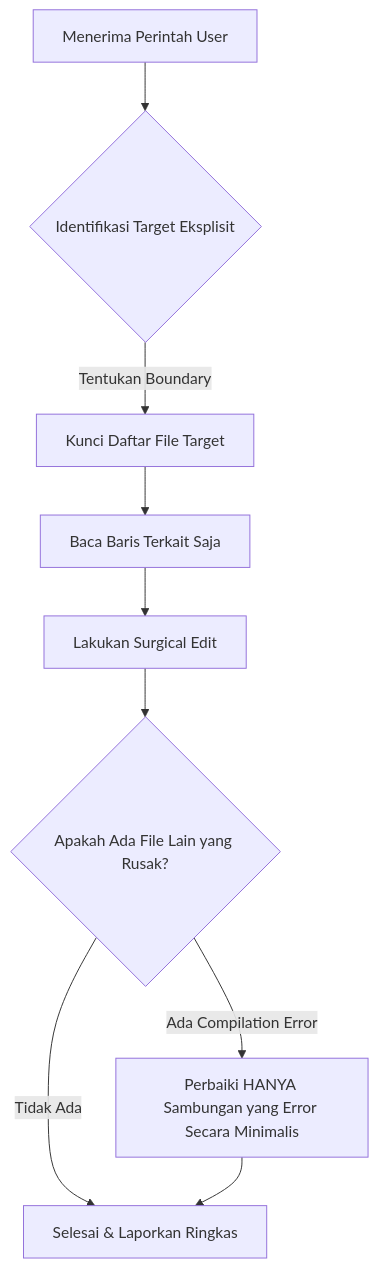
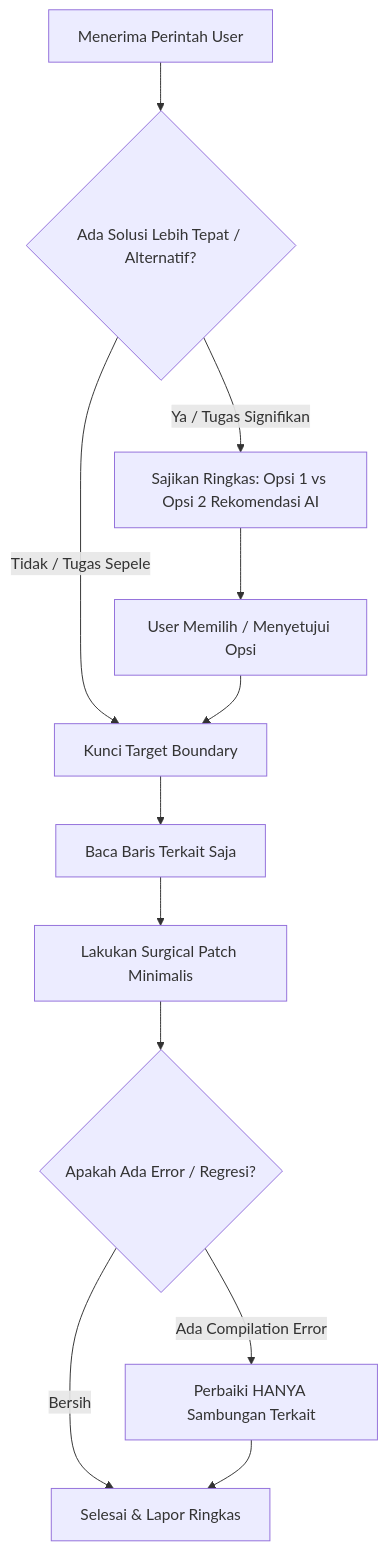
The diagram in .agents/skills/strict-scope/SKILL.md (maoneart/Manbaul_Hikmah_Mobile), drawn with Mermaid before and after one commit. The commit also changed other lines of this file and 9 other files, not shown here.

````diff
--- a/.agents/skills/strict-scope/SKILL.md
+++ b/.agents/skills/strict-scope/SKILL.md
@@ -37,11 +47,14 @@
 ```mermaid
 graph TD
-    A[Menerima Perintah User] --> B{Identifikasi Target Eksplisit}
-    B -->|Tentukan Boundary| C[Kunci Daftar File Target]
-    C --> D[Baca Baris Terkait Saja]
-    D --> E[Lakukan Surgical Edit]
-    E --> F{Apakah Ada File Lain yang Rusak?}
-    F -->|Tidak Ada| G[Selesai & Laporkan Ringkas]
-    F -->|Ada Compilation Error| H[Perbaiki HANYA Sambungan yang Error Secara Minimalis]
-    H --> G
+    A[Menerima Perintah User] --> B{Ada Solusi Lebih Tepat / Alternatif?}
+    B -->|Ya / Tugas Signifikan| C[Sajikan Ringkas: Opsi 1 vs Opsi 2 Rekomendasi AI]
+    C --> D[User Memilih / Menyetujui Opsi]
+    B -->|Tidak / Tugas Sepele| E[Kunci Target Boundary]
+    D --> E
+    E --> F[Baca Baris Terkait Saja]
+    F --> G[Lakukan Surgical Patch Minimalis]
+    G --> H{Apakah Ada Error / Regresi?}
+    H -->|Bersih| I[Selesai & Lapor Ringkas]
+    H -->|Ada Compilation Error| J[Perbaiki HANYA Sambungan Terkait]
+    J --> I
 ```
````
